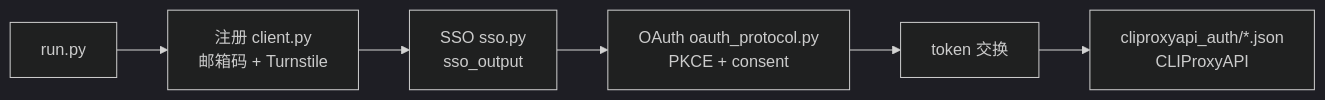
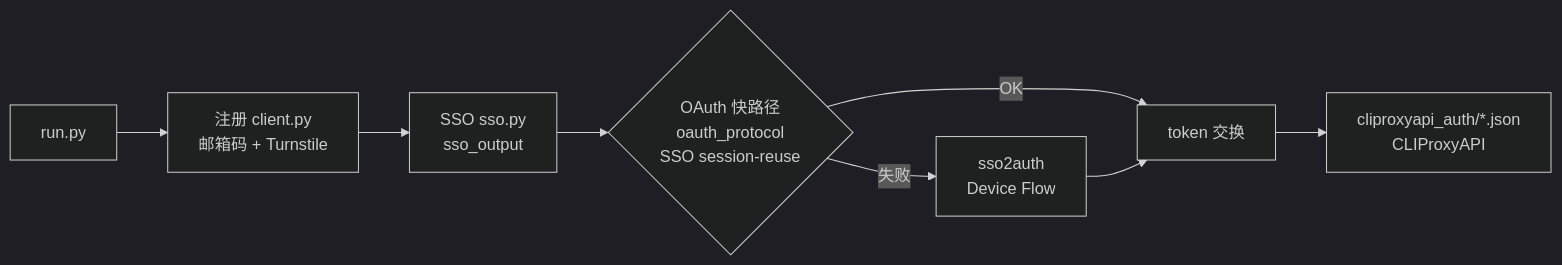
One commit to starlight02/grok-build-auth changed the diagram in README.md. Above: the diagram before and after it, drawn with Mermaid (dark theme). The commit also changed other lines of this file and 7 other files, not shown here.

Commit message:
feat(oauth): fall back to sso2auth device flow after protocol path

````diff
--- a/README.md
+++ b/README.md
@@ -63,8 +63,10 @@
 ```mermaid
 flowchart LR
     A[run.py] --> B[注册 client.py<br/>邮箱码 + Turnstile]
     B --> C[SSO sso.py<br/>sso_output]
-    C --> D[OAuth oauth_protocol.py<br/>PKCE + consent]
-    D --> E[token 交换]
-    E --> F[cliproxyapi_auth/*.json<br/>CLIProxyAPI]
+    C --> D{OAuth 快路径<br/>oauth_protocol<br/>SSO session-reuse}
+    D -->|OK| E[token 交换]
+    D -->|失败| F[sso2auth<br/>Device Flow]
+    F --> E
+    E --> G[cliproxyapi_auth/*.json<br/>CLIProxyAPI]
 ```
````
